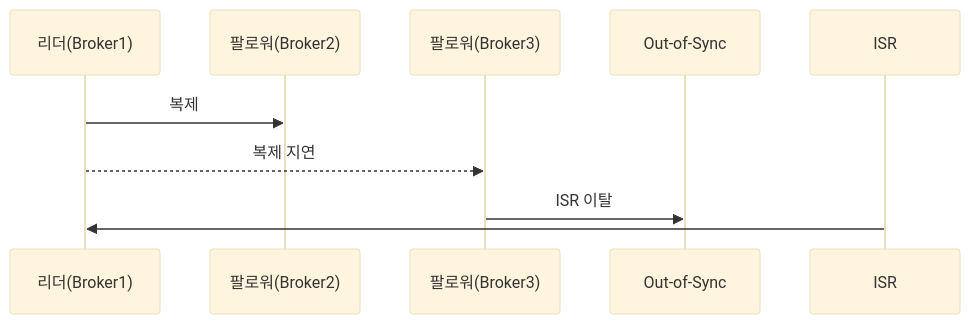
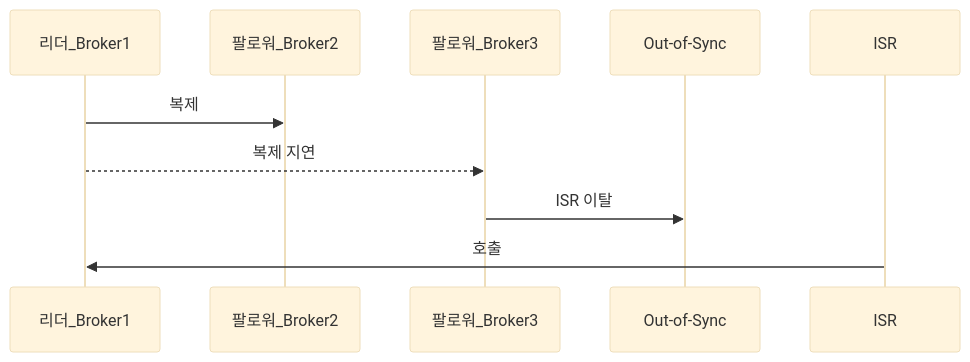
The sixth of 12 diagrams in _posts/kafka/2026-05-02-kafka-deep.md (yjkim2015/yjkim2015.github.io), drawn with Mermaid (base theme) before and after one commit. The commit also changed other lines of this file and 85 other files, not shown here.

First line of the commit message:
sequenceDiagram 문법 에러 2차 수정 169개 (86파일)

````diff
--- a/_posts/kafka/2026-05-02-kafka-deep.md
+++ b/_posts/kafka/2026-05-02-kafka-deep.md
@@ -300,7 +300,7 @@
 ```mermaid
 sequenceDiagram
-    리더(Broker1)->>팔로워(Broker2): 복제
-    리더(Broker1)-->>팔로워(Broker3): 복제 지연
-    팔로워(Broker3)->>Out-of-Sync: ISR 이탈
-    ISR->>리더(Broker1): 
+    리더_Broker1->>팔로워_Broker2: 복제
+    리더_Broker1-->>팔로워_Broker3: 복제 지연
+    팔로워_Broker3->>Out-of-Sync: ISR 이탈
+    ISR->>리더_Broker1: 호출
 ```
````
